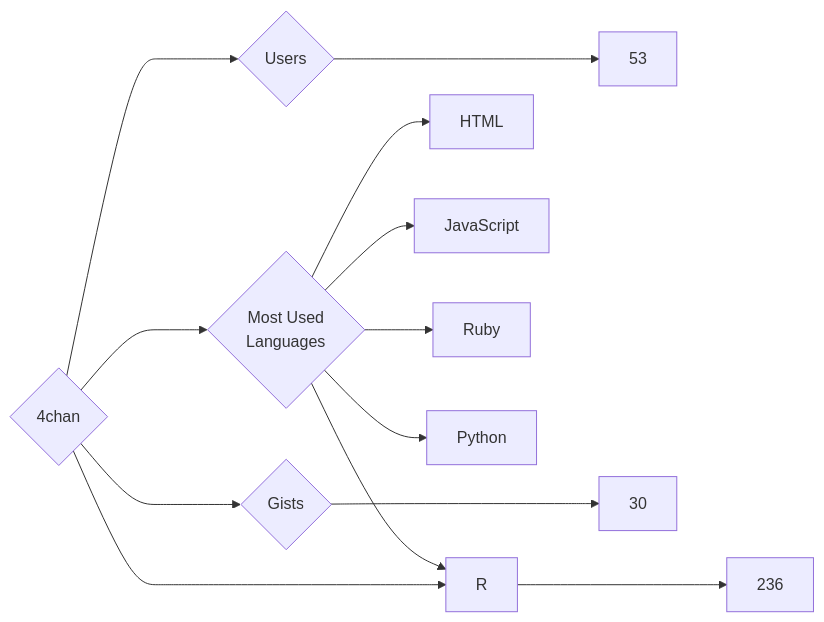
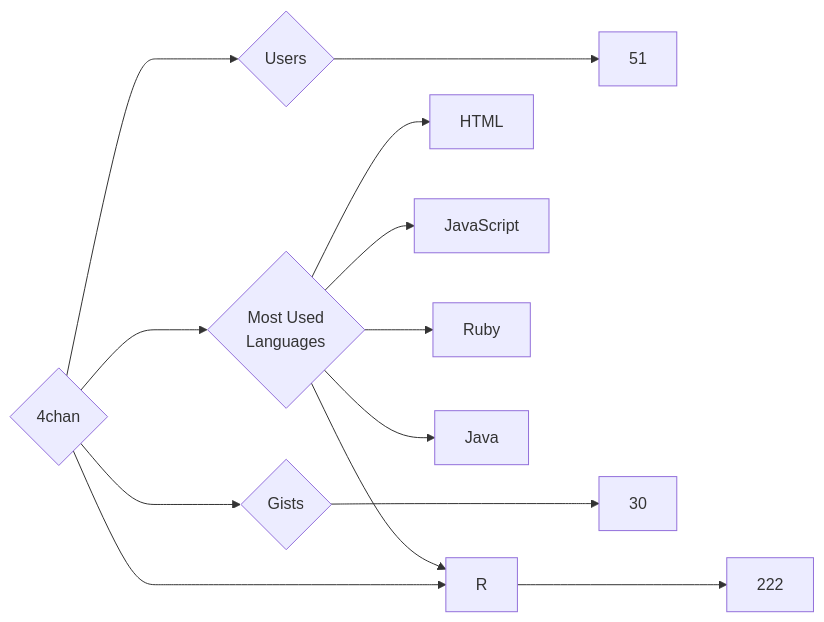
One commit to trickest/insiders changed the diagram in targets/4chan/README.md. Above: the diagram before and after it, drawn with Mermaid. The commit also changed 933 other files, not shown here.

````diff
--- a/targets/4chan/README.md
+++ b/targets/4chan/README.md
@@ -3,13 +3,13 @@
 ```mermaid
 graph LR
 COMPANY_NAME{4chan}
-COMPANY_NAME ---> U{Users} ---> UN[53]
-COMPANY_NAME ---> R{Repositories} ---> RN[236]
+COMPANY_NAME ---> U{Users} ---> UN[51]
+COMPANY_NAME ---> R{Repositories} ---> RN[222]
 COMPANY_NAME ---> G{Gists} ---> GN[30]
 COMPANY_NAME ---> ML{Most Used<br>Languages}
 ML --> HTML[HTML]
 ML --> JavaScript[JavaScript]
 ML --> Ruby[Ruby]
-ML --> Python[Python]
 ML --> R[R]
+ML --> Java[Java]
 ```
````
